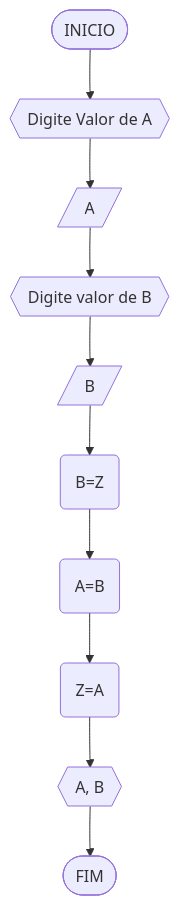
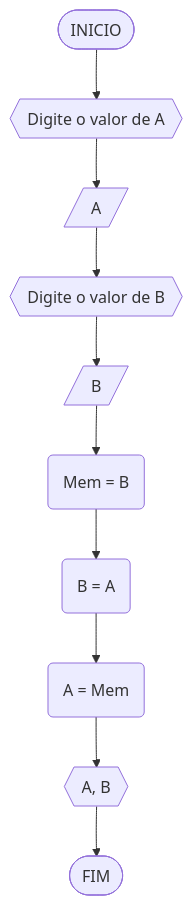
The first of 7 diagrams in RLA/AD1.md (Pedroperboyre/unifor), drawn with Mermaid before and after one commit. The commit also changed other lines of this file, not shown here.

````diff
--- a/RLA/AD1.md
+++ b/RLA/AD1.md
@@ -46,12 +46,12 @@
 ```mermaid
-flowchart TD 
-A([INICIO]) --> B{{"Digite Valor de A"}}
+flowchart TD
+A([INICIO]) --> B{{"Digite o valor de A"}}
 B --> C[/A/]
-C --> D{{"Digite valor de B"}}
+C --> D{{"Digite o valor de B"}}
 D --> E[/B/]
-E --> F(B=Z)
-F --> G(A=B)
-G --> H(Z=A)
+E --> F(Mem = B)
+F --> G(B = A)
+G --> H(A = Mem)
 H --> I{{A, B}}
 I --> J([FIM])
 ```
````
